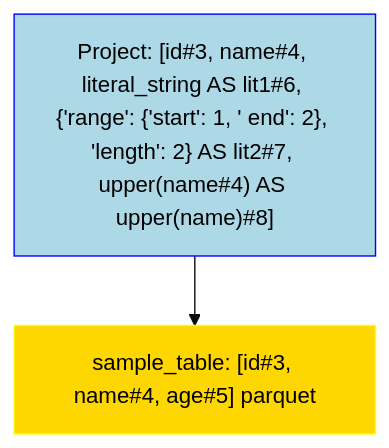
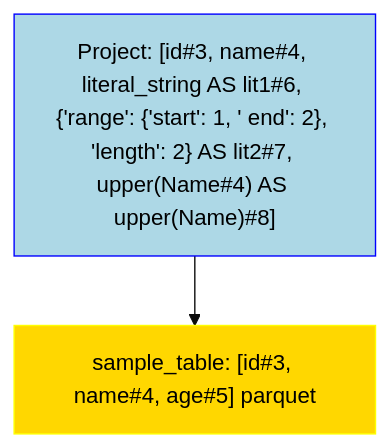
The diagram in data/visualization/select_2.mmd (NielkNetraam/explainalyzed), drawn with Mermaid (base theme) before and after one commit. The commit also changed 8 other files, not shown here.

```diff
--- a/data/visualization/select_2.mmd
+++ b/data/visualization/select_2.mmd
@@ -1,13 +1,13 @@
 flowchart TD
     classDef PROJECT stroke:Blue,fill:LightBlue,color:black
     classDef FILTER stroke:Green,fill:LightGreen,color:black
     classDef UNION stroke:Purple,fill:Violet,color:black
     classDef JOIN stroke:DarkOrange,fill:Orange,color:black
     classDef RELATION stroke:Yellow,fill:Gold,color:black
     classDef AGGREGATE stroke:Brown,fill:Chocolate,color:black
     classDef WINDOW stroke:Aqua,fill:Cyan,color:black
 
-    Project#00001["Project: [id#3, name#4, literal_string AS lit1#6, {'range': {'start': 1, ' end': 2}, 'length': 2} AS lit2#7, upper(name#4) AS upper(name)#8]"]:::PROJECT
+    Project#00001["Project: [id#3, name#4, literal_string AS lit1#6, {'range': {'start': 1, ' end': 2}, 'length': 2} AS lit2#7, upper(Name#4) AS upper(Name)#8]"]:::PROJECT
     Relation#00002["sample_table: [id#3, name#4, age#5] parquet"]:::RELATION
 
     Project#00001 --> Relation#00002
```
